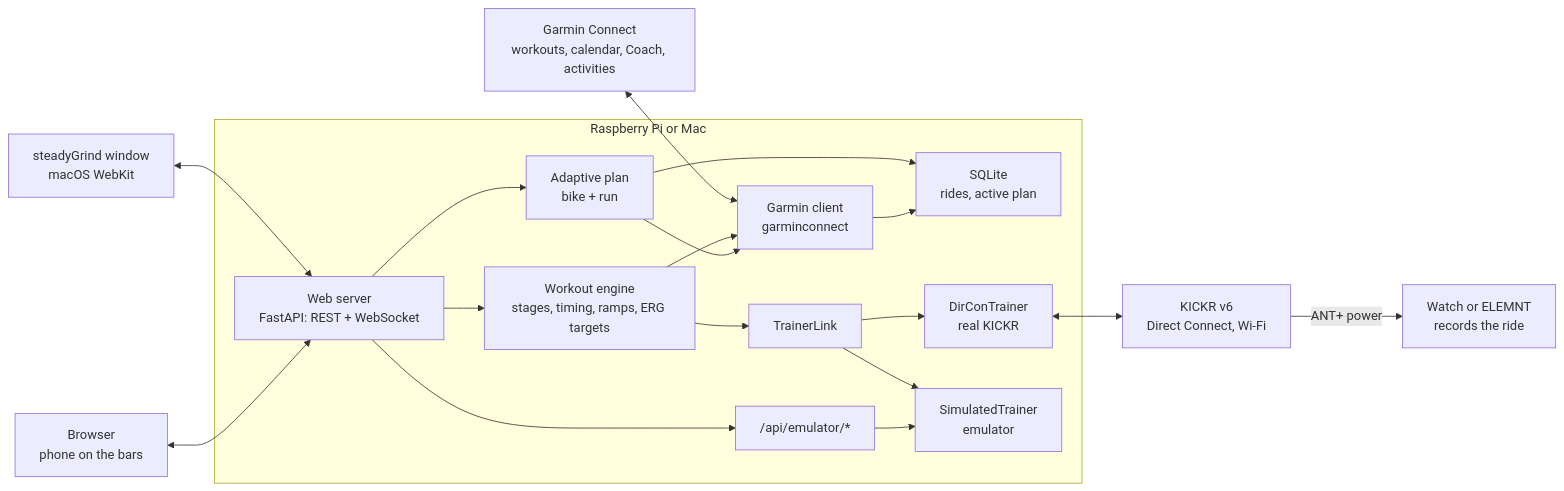
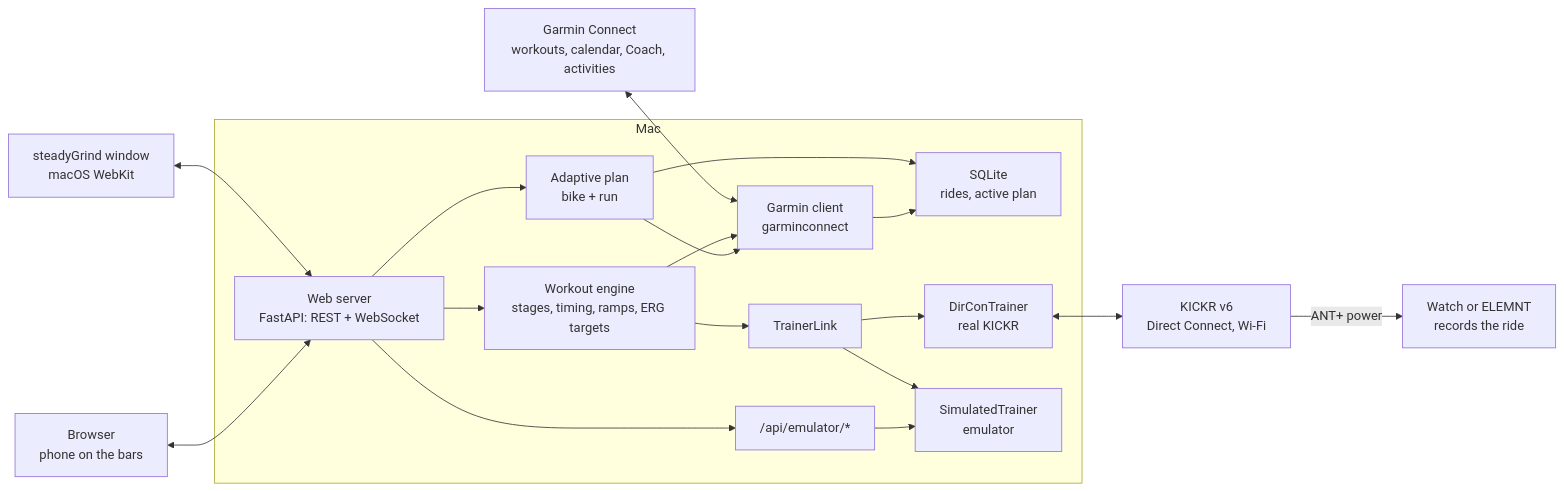
Before and after one commit to attilameget/HomeWlanTrainer: the first of 2 diagrams in specification/SPEC.md, drawn with Mermaid. The commit also changed other lines of this file and 146 other files, not shown here.

````diff
--- a/specification/SPEC.md
+++ b/specification/SPEC.md
@@ -72,21 +72,21 @@
 ```mermaid
 flowchart LR
     MacWin["steadyGrind window<br/>macOS WebKit"] <--> Web
     Browser["Browser<br/>phone on the bars"] <--> Web
     GC["Garmin Connect<br/>workouts, calendar, Coach, activities"] <--> Garmin
-    subgraph Host["Raspberry Pi or Mac"]
+    subgraph Host["Mac"]
         Web["Web server<br/>FastAPI: REST + WebSocket"] --> Engine["Workout engine<br/>stages, timing, ramps, ERG targets"]
         Web --> Plan["Adaptive plan<br/>bike + run"]
         Engine --> Garmin["Garmin client<br/>garminconnect"]
         Plan --> Garmin
         Plan --> DB
         Engine --> Link["TrainerLink"]
         Link --> DirCon["DirConTrainer<br/>real KICKR"]
         Link --> Emu["SimulatedTrainer<br/>emulator"]
         Web --> EmuAPI["/api/emulator/*"]
         EmuAPI --> Emu
         Garmin --> DB["SQLite<br/>rides, active plan"]
     end
     DirCon <--> KICKR["KICKR v6<br/>Direct Connect, Wi-Fi"]
     KICKR -- "ANT+ power" --> Watch["Watch or ELEMNT<br/>records the ride"]
 ```
````
